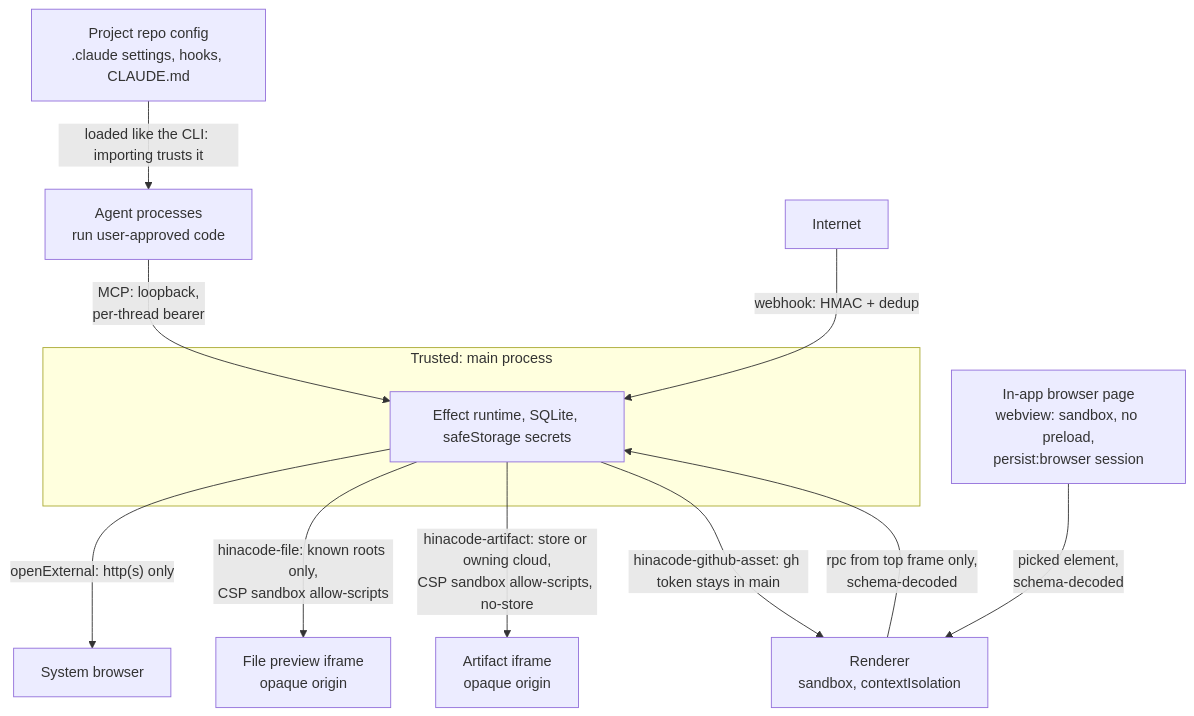
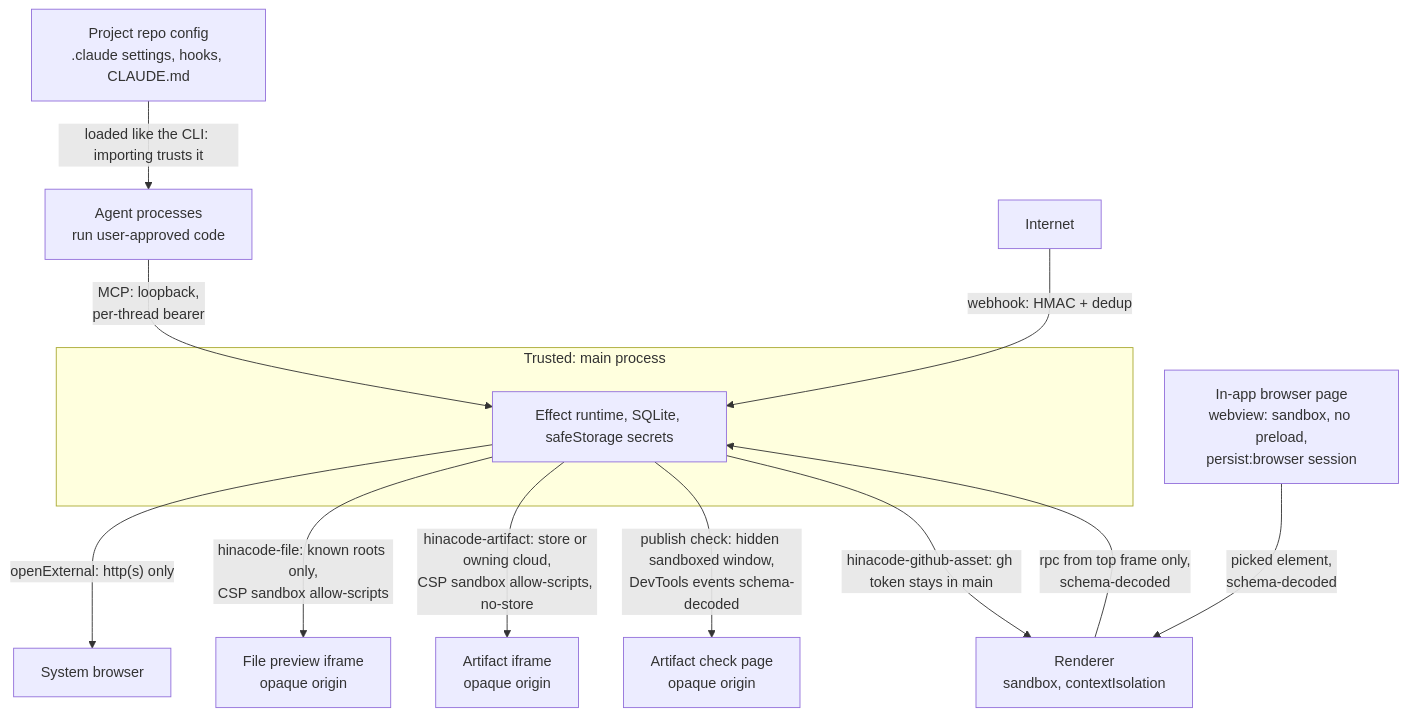
Before and after one commit to hinadev-ai/hinacode: diagram 17 of 17 in docs/arch.md, drawn with Mermaid. The commit also changed 1 other file, not shown here.

Commit message:
docs(artifacts): design the publish check

````diff
--- a/docs/arch.md
+++ b/docs/arch.md
@@ -625,15 +625,16 @@
 ```mermaid
 flowchart TB
   subgraph trusted["Trusted: main process"]
     main["Effect runtime, SQLite, safeStorage secrets"]
   end
   renderer["Renderer<br/>sandbox, contextIsolation"] -- "rpc from top frame only,<br/>schema-decoded" --> main
   agents["Agent processes<br/>run user-approved code"] -- "MCP: loopback,<br/>per-thread bearer" --> main
   net["Internet"] -- "webhook: HMAC + dedup" --> main
   main -- "openExternal: http(s) only" --> browser["System browser"]
   page["In-app browser page<br/>webview: sandbox, no preload,<br/>persist:browser session"] -- "picked element,<br/>schema-decoded" --> renderer
   repo["Project repo config<br/>.claude settings, hooks, CLAUDE.md"] -- "loaded like the CLI: importing trusts it" --> agents
   main -- "hinacode-file: known roots only,<br/>CSP sandbox allow-scripts" --> preview["File preview iframe<br/>opaque origin"]
   main -- "hinacode-artifact: store or owning cloud,<br/>CSP sandbox allow-scripts, no-store" --> artifact["Artifact iframe<br/>opaque origin"]
+  main -- "publish check: hidden sandboxed window,<br/>DevTools events schema-decoded" --> check["Artifact check page<br/>opaque origin"]
   main -- "hinacode-github-asset: gh token stays in main" --> renderer
 ```
````
